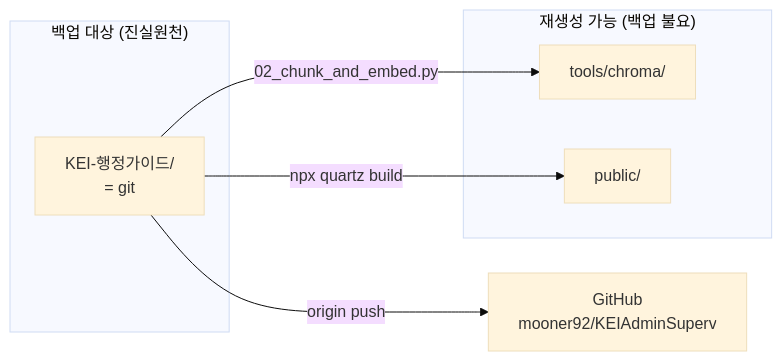
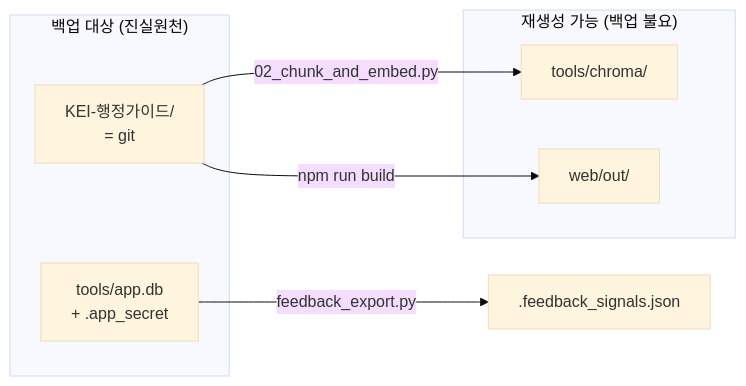
Before and after one commit to mooner92/KEIAdminSuperv: the second of 2 diagrams in docs/10-operations.md, drawn with Mermaid (base theme). The commit also changed other lines of this file and 13 other files, not shown here.

````diff
--- a/docs/10-operations.md
+++ b/docs/10-operations.md
@@ -224,13 +246,14 @@
 ```mermaid
 flowchart LR
     subgraph 백업대상["백업 대상 (진실원천)"]
         VAULT["KEI-행정가이드/<br/>= git"]
+        DB["tools/app.db<br/>+ .app_secret"]
     end
     subgraph 재생성가능["재생성 가능 (백업 불요)"]
         CHROMA["tools/chroma/"]
-        PUBLIC["public/"]
+        OUT["web/out/"]
     end
-    VAULT -->|origin push| GH["GitHub<br/>mooner92/KEIAdminSuperv"]
     VAULT -->|02_chunk_and_embed.py| CHROMA
-    VAULT -->|npx quartz build| PUBLIC
+    VAULT -->|npm run build| OUT
+    DB -->|feedback_export.py| SIG[".feedback_signals.json"]
 ```
````
